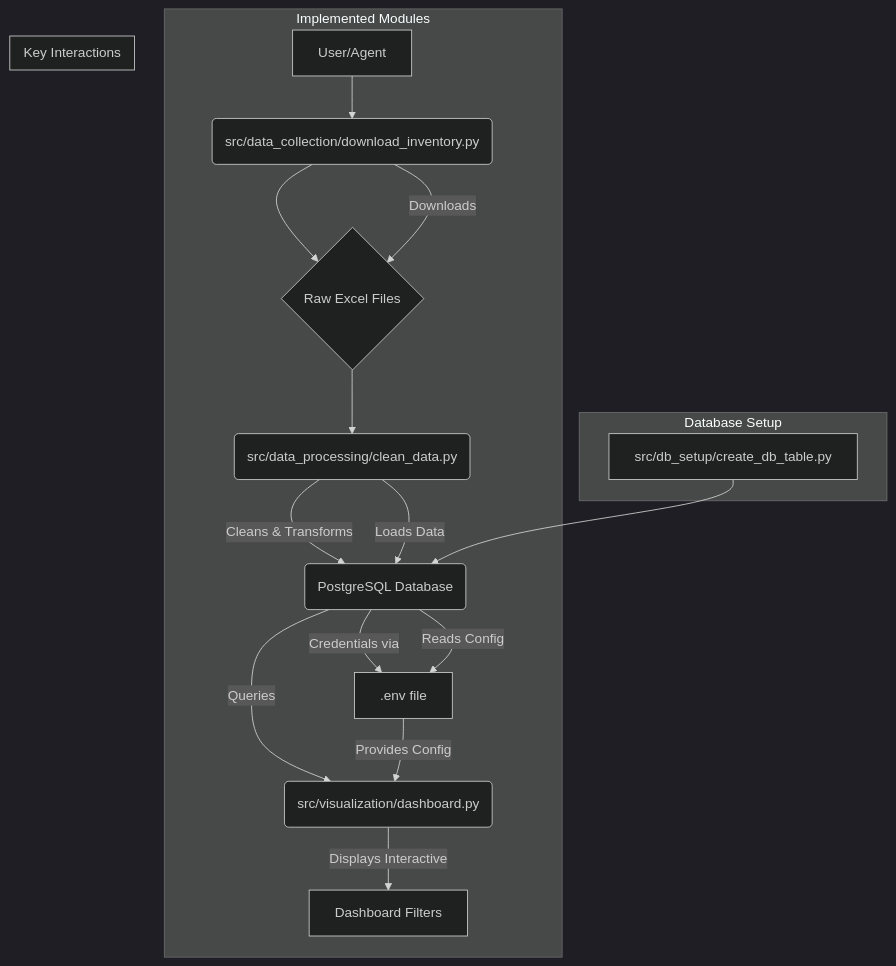
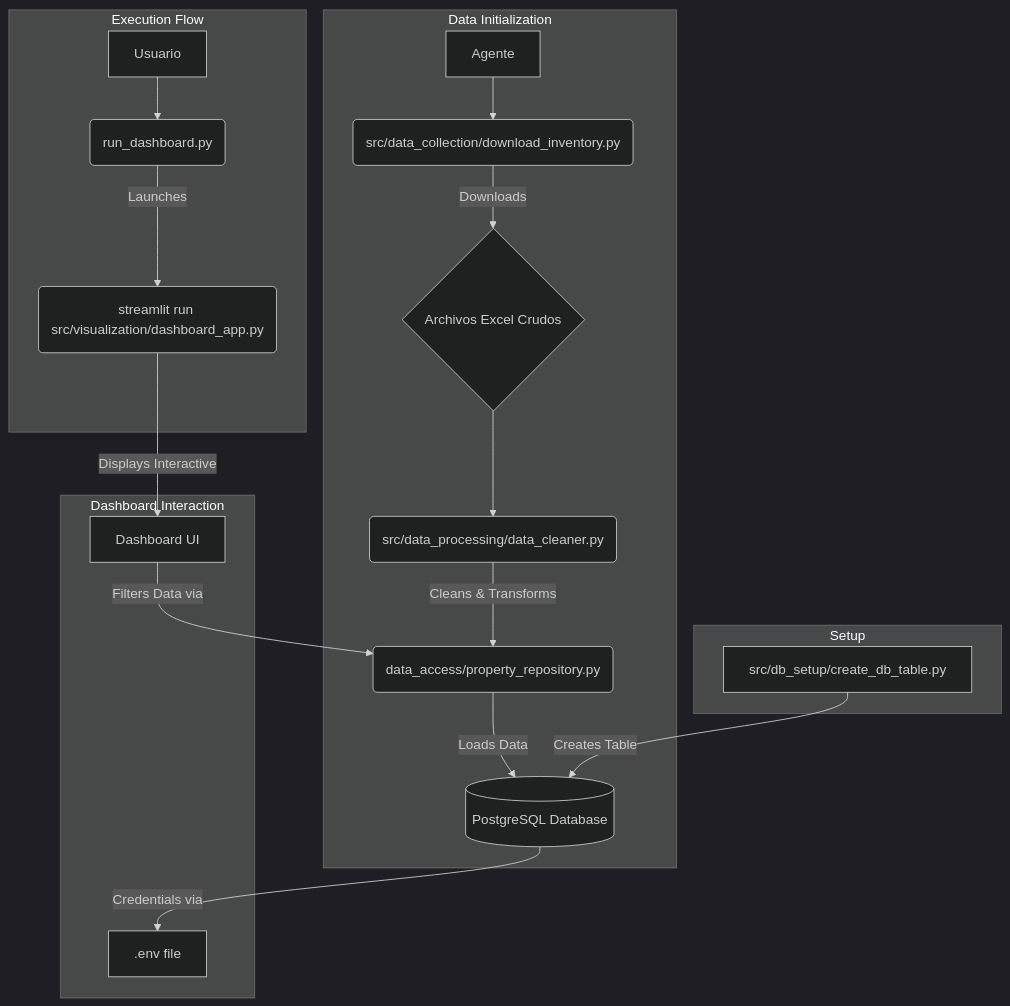
The second of 3 diagrams in README.md (fm-dev-mx/real_estate_insights), drawn with Mermaid (dark theme) before and after one commit. The commit also changed other lines of this file and 3 other files, not shown here.

First line of the commit message:
docs: Update architecture diagrams and README

````diff
--- a/README.md
+++ b/README.md
@@ -96,23 +79,25 @@
 ```mermaid
 graph TD
-    subgraph Implemented Modules
-        A[User/Agent] --> B(src/data_collection/download_inventory.py)
-        B --> C{Raw Excel Files}
-        C --> D(src/data_processing/clean_data.py)
-        D -- Cleans & Transforms --> E(PostgreSQL Database)
-        E -- Credentials via --> F[.env file]
-        E -- Queries --> J(src/visualization/dashboard.py)
-        J -- Displays Interactive --> K[Dashboard Filters]
+    subgraph Execution Flow
+        A[Usuario] --> B(run_dashboard.py)
+        B -- Launches --> C(streamlit run src/visualization/dashboard_app.py)
     end
 
-    subgraph Key Interactions
-        B -- Downloads --> C
-        D -- Loads Data --> E
-        E -- Reads Config --> F
-        F -- Provides Config --> J
+    subgraph Data Initialization
+        D[Agente] --> E(src/data_collection/download_inventory.py)
+        E -- Downloads --> F{Archivos Excel Crudos}
+        F --> G(src/data_processing/data_cleaner.py)
+        G -- Cleans & Transforms --> H(data_access/property_repository.py)
+        H -- Loads Data --> I[(PostgreSQL Database)]
     end
 
-    subgraph Database Setup
-        L[src/db_setup/create_db_table.py] --> E
+    subgraph Dashboard Interaction
+        C -- Displays Interactive --> J[Dashboard UI]
+        J -- Filters Data via --> H
+        I -- Credentials via --> K[.env file]
+    end
+
+    subgraph Setup
+        L[src/db_setup/create_db_table.py] -- Creates Table --> I
     end
 ```
````
